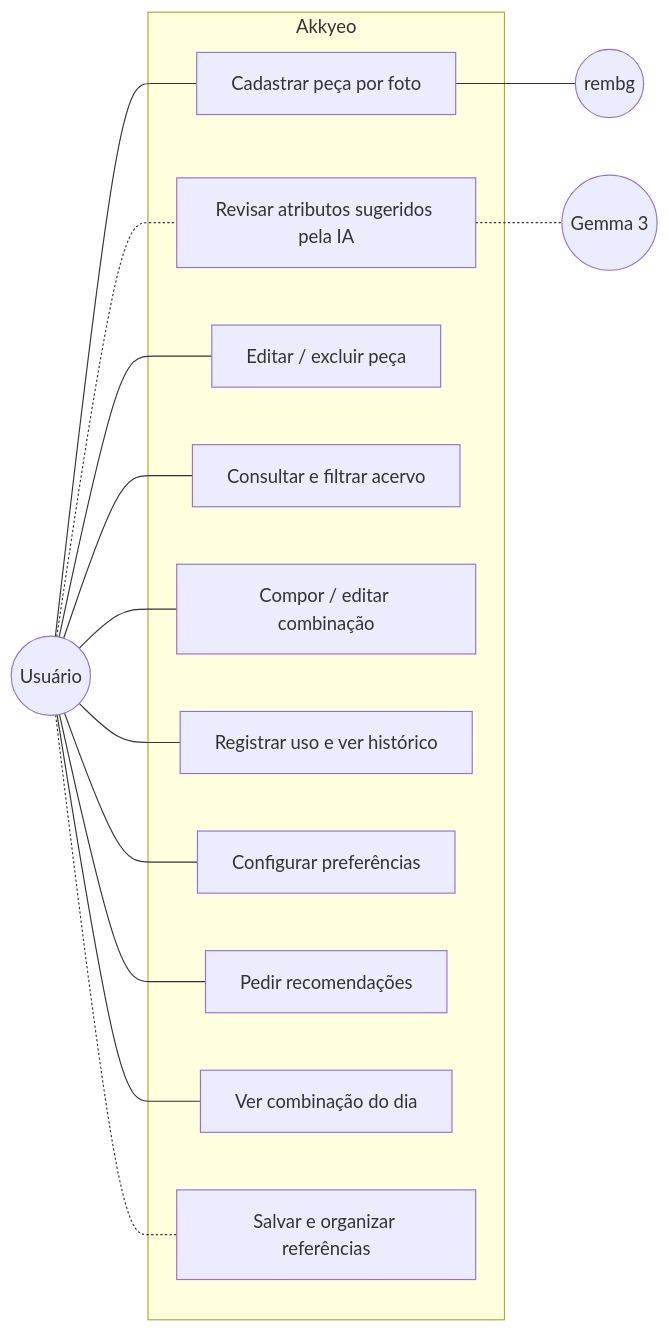
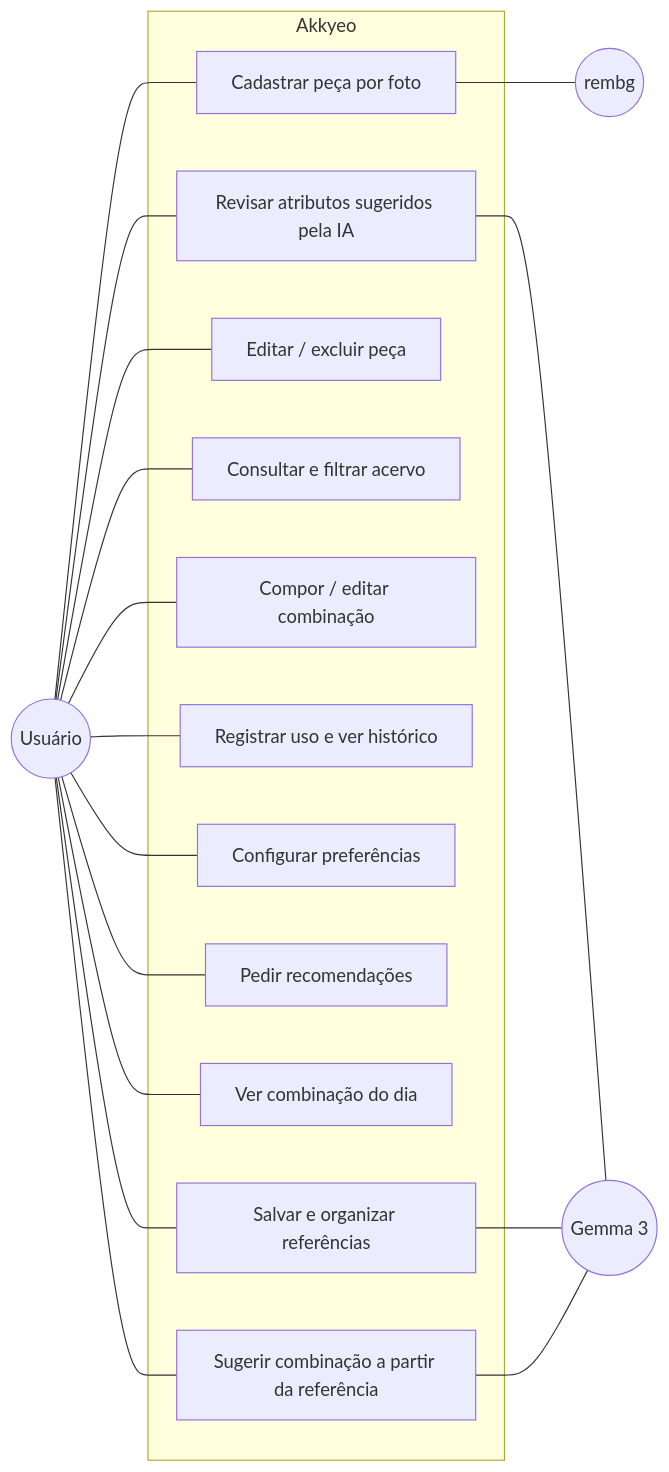
One commit to Hannyazs/digital-wardrobe changed the first of 5 diagrams in docs/TCC-V2.md. Above: the diagram before and after it, drawn with Mermaid. The commit also changed other lines of this file and 222 other files, not shown here.

````diff
--- a/docs/TCC-V2.md
+++ b/docs/TCC-V2.md
@@ -327,22 +389,24 @@
 ```mermaid
 flowchart LR
     U((Usuário))
     subgraph Akkyeo
         UC1[Cadastrar peça por foto]
         UC1b[Revisar atributos sugeridos pela IA]
         UC2[Editar / excluir peça]
         UC3[Consultar e filtrar acervo]
         UC4[Compor / editar combinação]
         UC5[Registrar uso e ver histórico]
         UC6[Configurar preferências]
         UC7[Pedir recomendações]
         UC8[Ver combinação do dia]
         UC9[Salvar e organizar referências]
+        UC10[Sugerir combinação a partir da referência]
     end
     R((rembg))
     G((Gemma 3))
-    U --- UC1 & UC2 & UC3 & UC4 & UC5 & UC6 & UC7 & UC8
-    U -.- UC1b & UC9
+    U --- UC1 & UC1b & UC2 & UC3 & UC4 & UC5 & UC6 & UC7 & UC8 & UC9 & UC10
     UC1 --- R
-    UC1b -.- G
+    UC1b --- G
+    UC9 --- G
+    UC10 --- G
 ```
````
